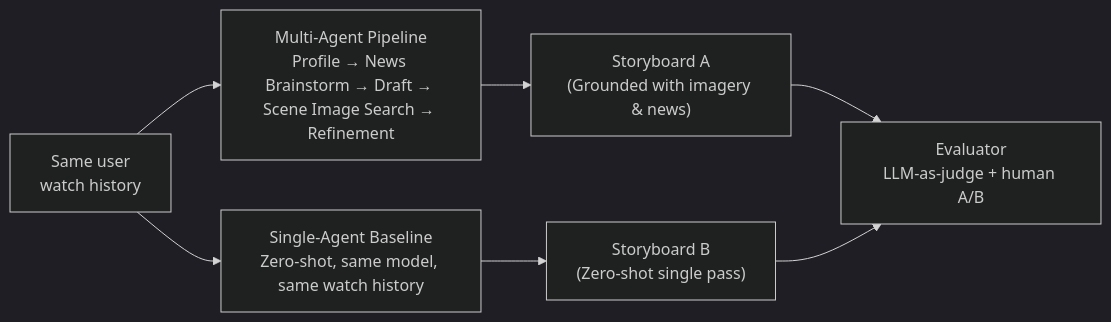
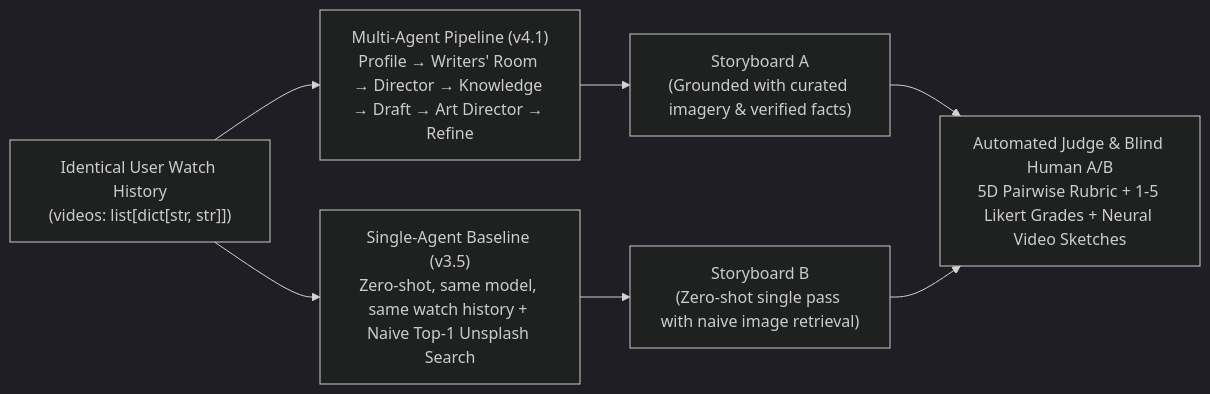
The second of 2 diagrams in docs/project_tracker.md (CharlesDupouy/nlp-multiagent-storyboarding), drawn with Mermaid (dark theme) before and after one commit. The commit also changed other lines of this file, not shown here.

Commit message:
docs: synchronize project tracker with v4.1 state, neural TTS, 5D judge, and failure cases

````diff
--- a/docs/project_tracker.md
+++ b/docs/project_tracker.md
@@ -71,10 +71,10 @@
 ```mermaid
 flowchart LR
-    H["Same user\nwatch history"]
-    H --> MA["Multi-Agent Pipeline\nProfile → News Brainstorm → Draft → Scene Image Search → Refinement"]
-    H --> SA["Single-Agent Baseline\nZero-shot, same model, same watch history"]
-    MA --> SB1["Storyboard A\n(Grounded with imagery & news)"]
-    SA --> SB2["Storyboard B\n(Zero-shot single pass)"]
-    SB1 --> E["Evaluator\nLLM-as-judge + human A/B"]
+    H["Identical User Watch History\n(videos: list[dict[str, str]])"]
+    H --> MA["Multi-Agent Pipeline (v4.1)\nProfile → Writers' Room → Director → Knowledge → Draft → Art Director → Refine"]
+    H --> SA["Single-Agent Baseline (v3.5)\nZero-shot, same model, same watch history + Naive Top-1 Unsplash Search"]
+    MA --> SB1["Storyboard A\n(Grounded with curated imagery & verified facts)"]
+    SA --> SB2["Storyboard B\n(Zero-shot single pass with naive image retrieval)"]
+    SB1 --> E["Automated Judge & Blind Human A/B\n5D Pairwise Rubric + 1-5 Likert Grades + Neural Video Sketches"]
     SB2 --> E
 ```
````
